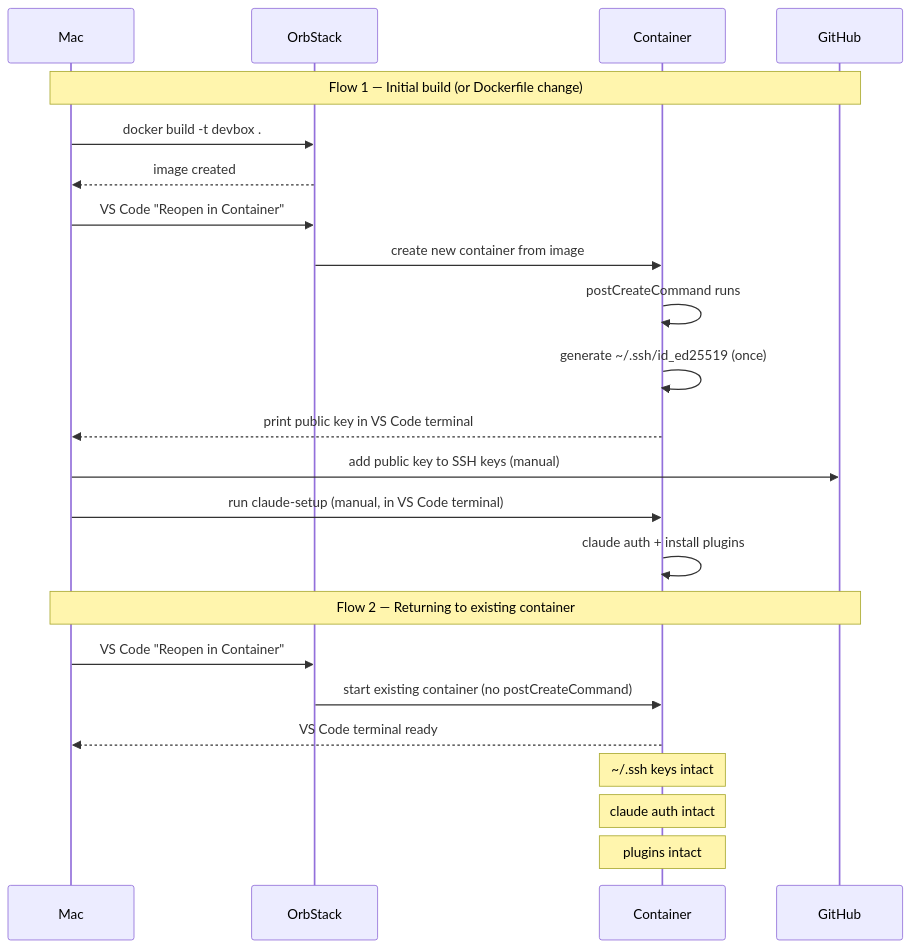
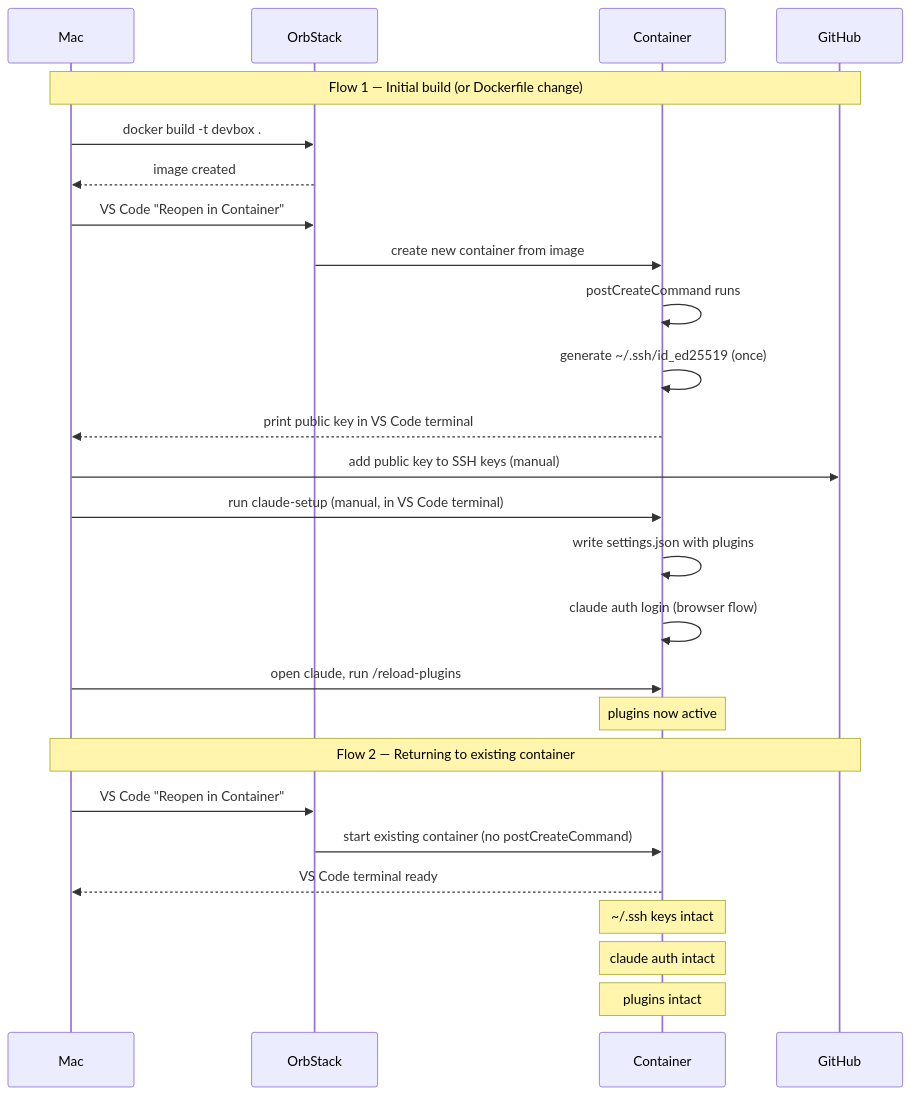
The second of 2 diagrams in README.md (dominicfarr/devenv), drawn with Mermaid before and after one commit. The commit also changed other lines of this file and 1 other file, not shown here.

Commit message:
Add Bun to image, update README with plugin activation flow

````diff
--- a/README.md
+++ b/README.md
@@ -48,30 +48,33 @@
 ```mermaid
 sequenceDiagram
     participant Mac
     participant OrbStack
     participant Container
     participant GitHub
 
     Note over Mac,GitHub: Flow 1 — Initial build (or Dockerfile change)
 
     Mac->>OrbStack: docker build -t devbox .
     OrbStack-->>Mac: image created
 
     Mac->>OrbStack: VS Code "Reopen in Container"
     OrbStack->>Container: create new container from image
     Container->>Container: postCreateCommand runs
     Container->>Container: generate ~/.ssh/id_ed25519 (once)
     Container-->>Mac: print public key in VS Code terminal
     Mac->>GitHub: add public key to SSH keys (manual)
     Mac->>Container: run claude-setup (manual, in VS Code terminal)
-    Container->>Container: claude auth + install plugins
+    Container->>Container: write settings.json with plugins
+    Container->>Container: claude auth login (browser flow)
+    Mac->>Container: open claude, run /reload-plugins
+    Note over Container: plugins now active
 
     Note over Mac,GitHub: Flow 2 — Returning to existing container
 
     Mac->>OrbStack: VS Code "Reopen in Container"
     OrbStack->>Container: start existing container (no postCreateCommand)
     Container-->>Mac: VS Code terminal ready
     Note over Container: ~/.ssh keys intact
     Note over Container: claude auth intact
     Note over Container: plugins intact
 ```
````
